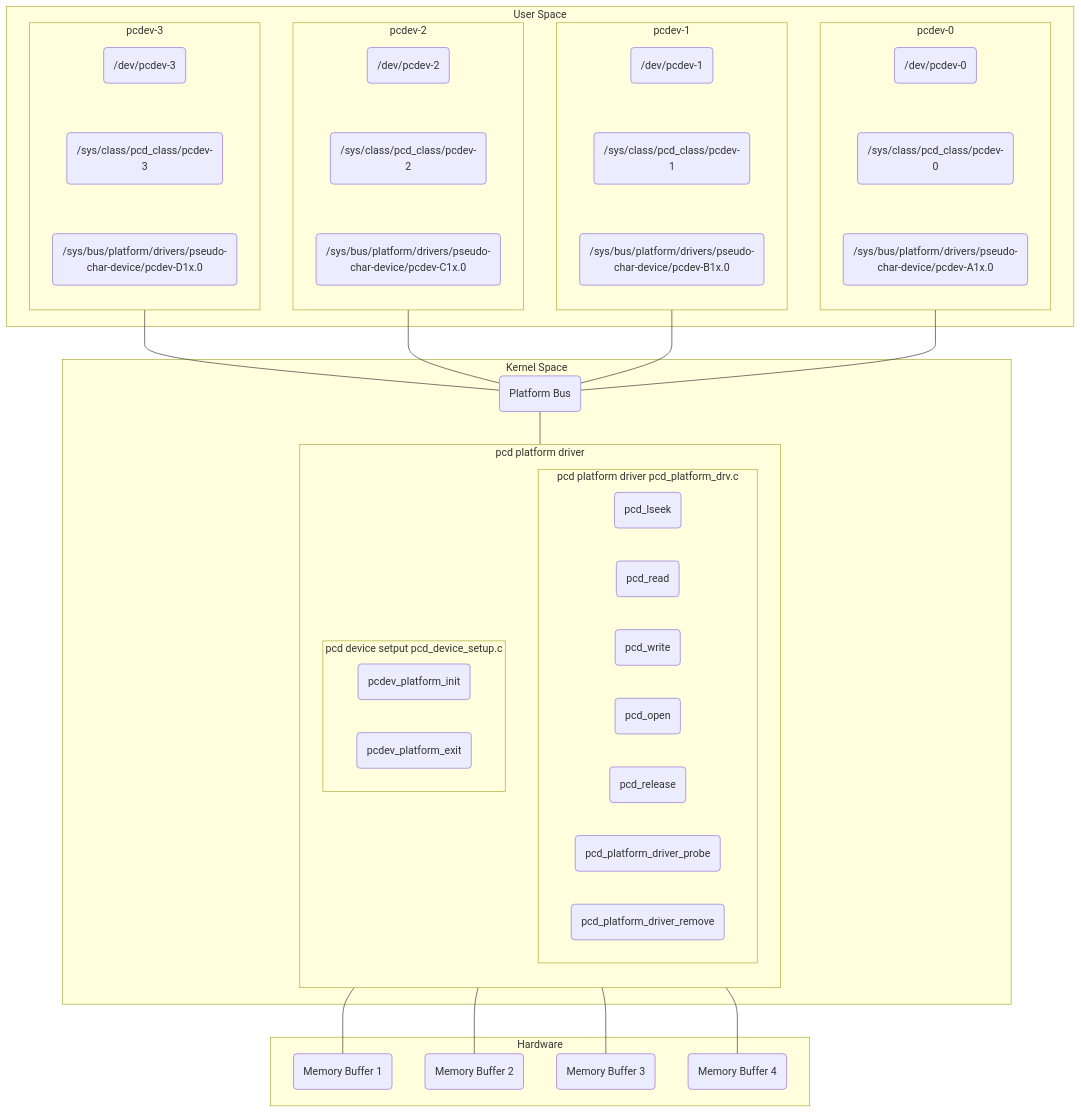
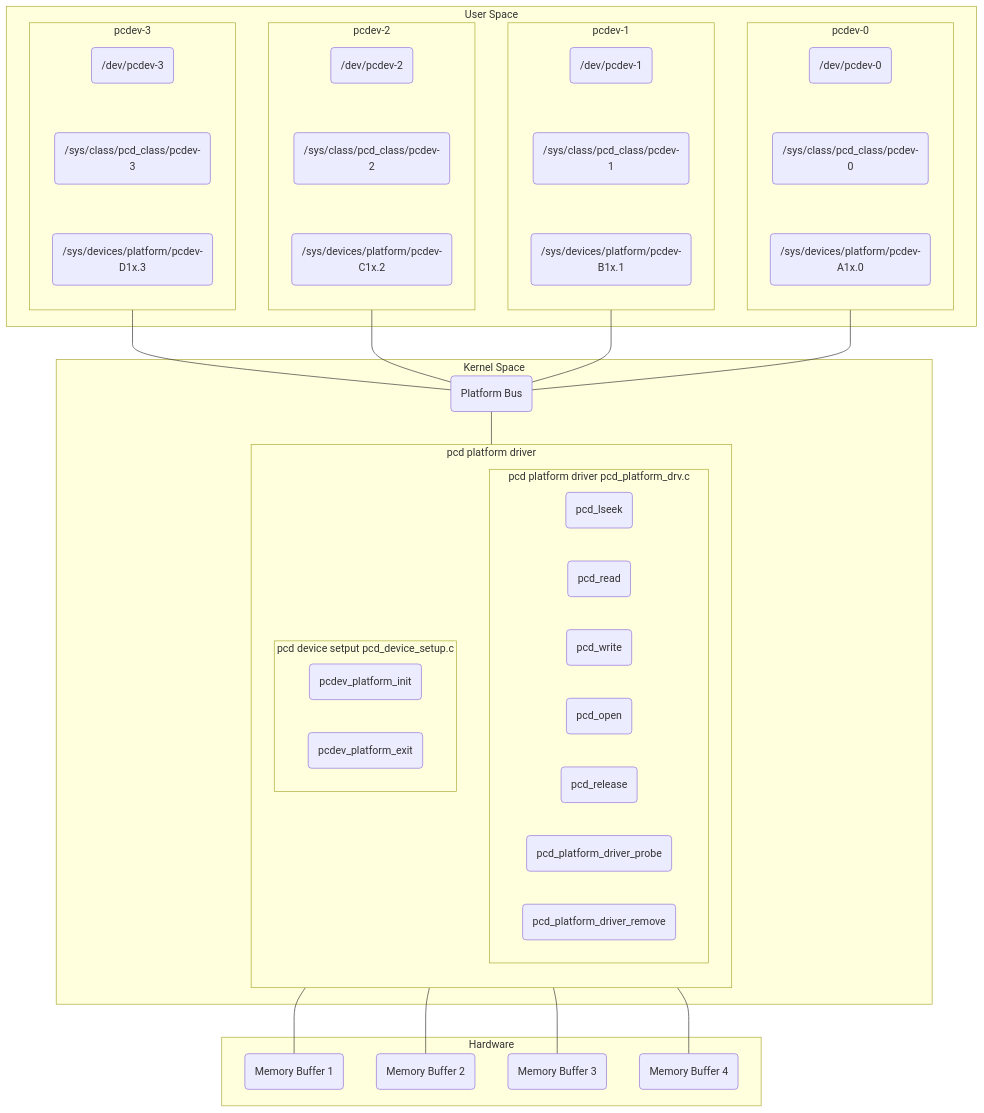
The diagram in custom_drivers/pcd_platform_drv/README.md (maherme/beaglebone-black-examples), drawn with Mermaid before and after one commit.

````diff
--- a/custom_drivers/pcd_platform_drv/README.md
+++ b/custom_drivers/pcd_platform_drv/README.md
@@ -45,53 +45,53 @@
 ```mermaid
   flowchart BT
     subgraph Hardware
       A1(Memory Buffer 1)
       A2(Memory Buffer 2)
       A3(Memory Buffer 3)
       A4(Memory Buffer 4)
     end
     subgraph Kernel Space
       subgraph pcd_platform_driver [pcd platform driver]
         subgraph pcd_plat_drv [pcd platform driver pcd_platform_drv.c]
           B1(pcd_lseek)
           B2(pcd_read)
           B3(pcd_write)
           B4(pcd_open)
           B5(pcd_release)
           B6(pcd_platform_driver_probe)
           B7(pcd_platform_driver_remove)
         end
         subgraph pcd_dev_setup [pcd device setput pcd_device_setup.c]
           B8(pcdev_platform_init)
           B9(pcdev_platform_exit)
         end
       end
       A1 --- pcd_platform_driver
       A2 --- pcd_platform_driver
       A3 --- pcd_platform_driver
       A4 --- pcd_platform_driver
       pcd_platform_driver --- C(Platform Bus)
     end
     subgraph User Space
       subgraph pcdev-0
         direction TB
-        D1(/dev/pcdev-0) ~~~ D2(/sys/class/pcd_class/pcdev-0) ~~~ D3(/sys/bus/platform/drivers/pseudo-char-device/pcdev-A1x.0)
+        D1(/dev/pcdev-0) ~~~ D2(/sys/class/pcd_class/pcdev-0) ~~~ D3(/sys/devices/platform/pcdev-A1x.0)
       end
       subgraph pcdev-1
         direction TB
-        E1(/dev/pcdev-1) ~~~ E2(/sys/class/pcd_class/pcdev-1) ~~~ E3(/sys/bus/platform/drivers/pseudo-char-device/pcdev-B1x.0)
+        E1(/dev/pcdev-1) ~~~ E2(/sys/class/pcd_class/pcdev-1) ~~~ E3(/sys/devices/platform/pcdev-B1x.1)
       end
       subgraph pcdev-2
         direction TB
-        F1(/dev/pcdev-2) ~~~ F2(/sys/class/pcd_class/pcdev-2) ~~~ F3(/sys/bus/platform/drivers/pseudo-char-device/pcdev-C1x.0)
+        F1(/dev/pcdev-2) ~~~ F2(/sys/class/pcd_class/pcdev-2) ~~~ F3(/sys/devices/platform/pcdev-C1x.2)
       end
       subgraph pcdev-3
         direction TB
-        G1(/dev/pcdev-3) ~~~ G2(/sys/class/pcd_class/pcdev-3) ~~~ G3(/sys/bus/platform/drivers/pseudo-char-device/pcdev-D1x.0)
+        G1(/dev/pcdev-3) ~~~ G2(/sys/class/pcd_class/pcdev-3) ~~~ G3(/sys/devices/platform/pcdev-D1x.3)
       end
     end
     C --- pcdev-0
     C --- pcdev-1
     C --- pcdev-2
     C --- pcdev-3
 ```
````
